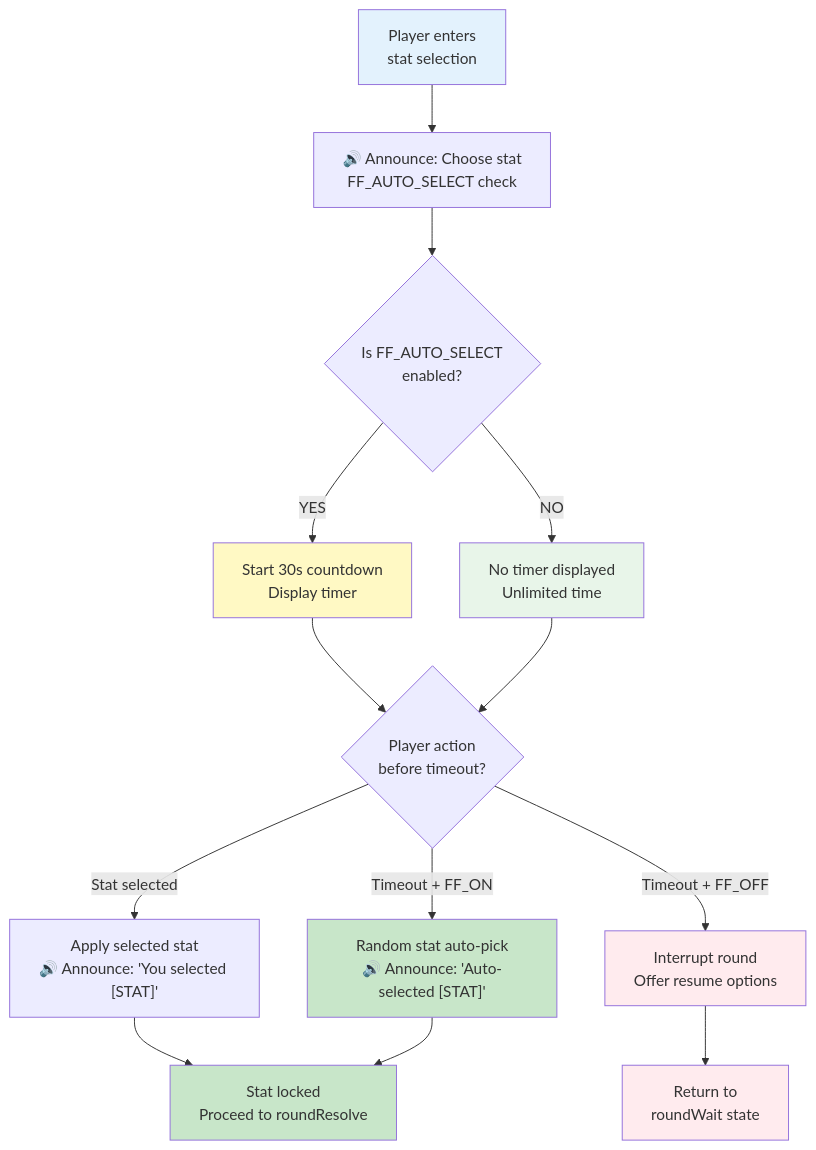
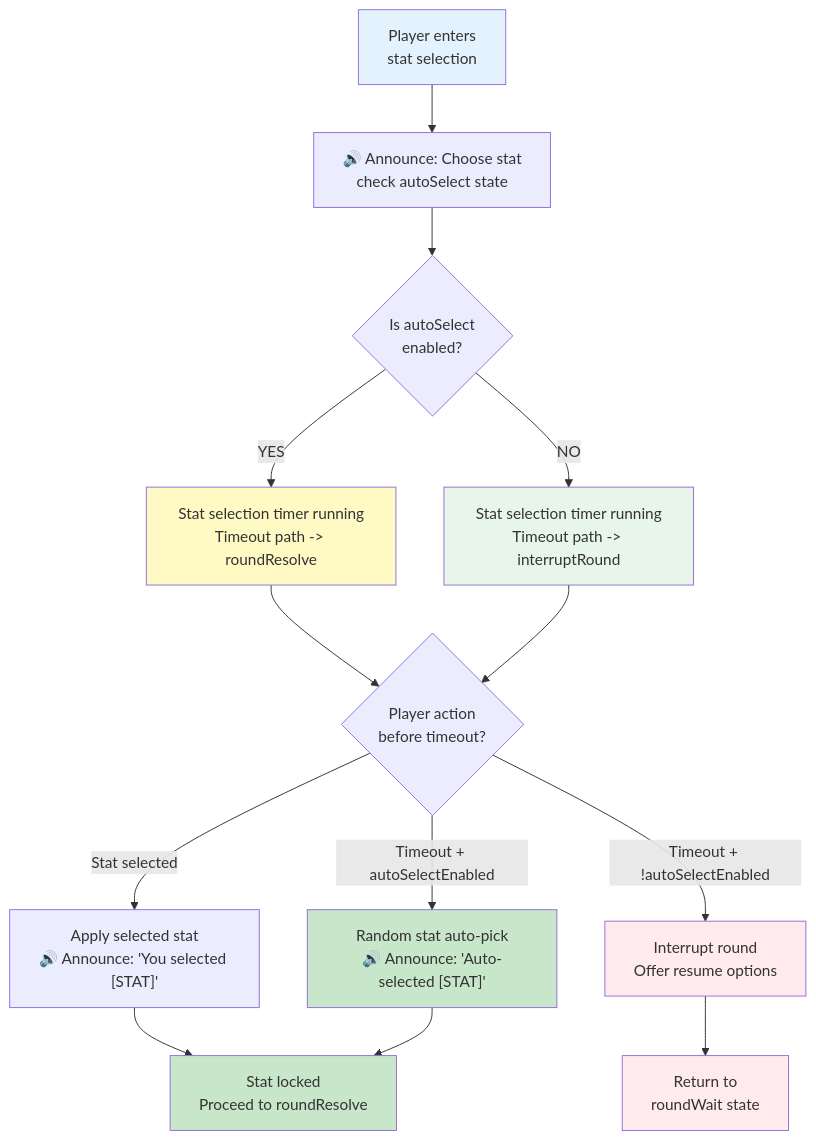
One commit to CyanAutomation/judokon changed the first of 3 diagrams in design/productRequirementsDocuments/prdRandomStatMode.md. Above: the diagram before and after it, drawn with Mermaid. The commit also changed other lines of this file, not shown here.

Commit message:
docs: align random stat PRD mermaid flows with current flags (#5685)

````diff
--- a/design/productRequirementsDocuments/prdRandomStatMode.md
+++ b/design/productRequirementsDocuments/prdRandomStatMode.md
@@ -47,27 +47,27 @@
 ```mermaid
 flowchart TD
-    A["Player enters<br/>stat selection"] --> B["🔊 Announce: Choose stat<br/>FF_AUTO_SELECT check"]
-    B --> C{"Is FF_AUTO_SELECT<br/>enabled?"}
+    A["Player enters<br/>stat selection"] --> B["🔊 Announce: Choose stat<br/>check autoSelect state"]
+    B --> C{"Is autoSelect<br/>enabled?"}
 
-    C -->|YES| D["Start 30s countdown<br/>Display timer"]
-    C -->|NO| E["No timer displayed<br/>Unlimited time"]
+    C -->|YES| D["Stat selection timer running<br/>Timeout path -> roundResolve"]
+    C -->|NO| E["Stat selection timer running<br/>Timeout path -> interruptRound"]
 
     D --> F{"Player action<br/>before timeout?"}
     E --> F
 
     F -->|Stat selected| G["Apply selected stat<br/>🔊 Announce: 'You selected [STAT]'"]
-    F -->|Timeout + FF_ON| H["Random stat auto-pick<br/>🔊 Announce: 'Auto-selected [STAT]'"]
-    F -->|Timeout + FF_OFF| I["Interrupt round<br/>Offer resume options"]
+    F -->|Timeout + autoSelectEnabled| H["Random stat auto-pick<br/>🔊 Announce: 'Auto-selected [STAT]'"]
+    F -->|Timeout + !autoSelectEnabled| I["Interrupt round<br/>Offer resume options"]
 
     G --> J["Stat locked<br/>Proceed to roundResolve"]
     H --> J
     I --> K["Return to<br/>roundWait state"]
 
     style A fill:#e3f2fd
     style D fill:#fff9c4
     style E fill:#e8f5e9
     style H fill:#c8e6c9
     style I fill:#ffebee
     style J fill:#c8e6c9
     style K fill:#ffebee
 ```
````
